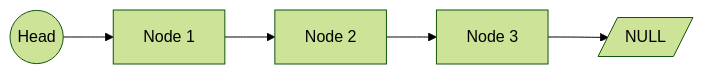
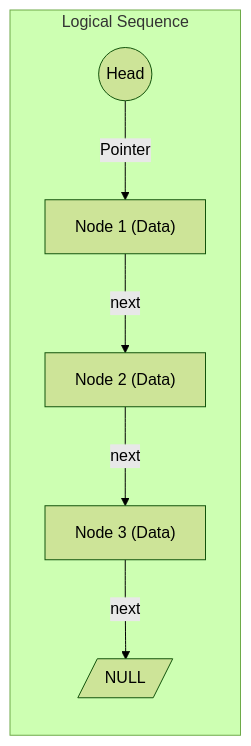
The first of 2 diagrams in Source Code/Singly Linked List/README.md (Amey-Thakur/PYTHON-SHORTS), drawn with Mermaid (forest theme) before and after one commit. The commit also changed other lines of this file, not shown here.

````diff
--- a/Source Code/Singly Linked List/README.md
+++ b/Source Code/Singly Linked List/README.md
@@ -52,7 +54,9 @@
 ```mermaid
 graph LR
-    Head((Head)) --> N1[Node 1]
-    N1 --> N2[Node 2]
-    N2 --> N3[Node 3]
-    N3 --> NULL[/NULL/]
+    subgraph Structure ["Logical Sequence"]
+        Head((Head)) -- "Pointer" --> N1["Node 1 (Data)"]
+        N1 -- "next" --> N2["Node 2 (Data)"]
+        N2 -- "next" --> N3["Node 3 (Data)"]
+        N3 -- "next" --> NULL[/NULL/]
+    end
 ```
````
